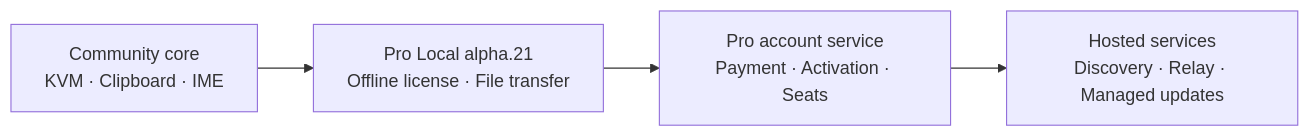
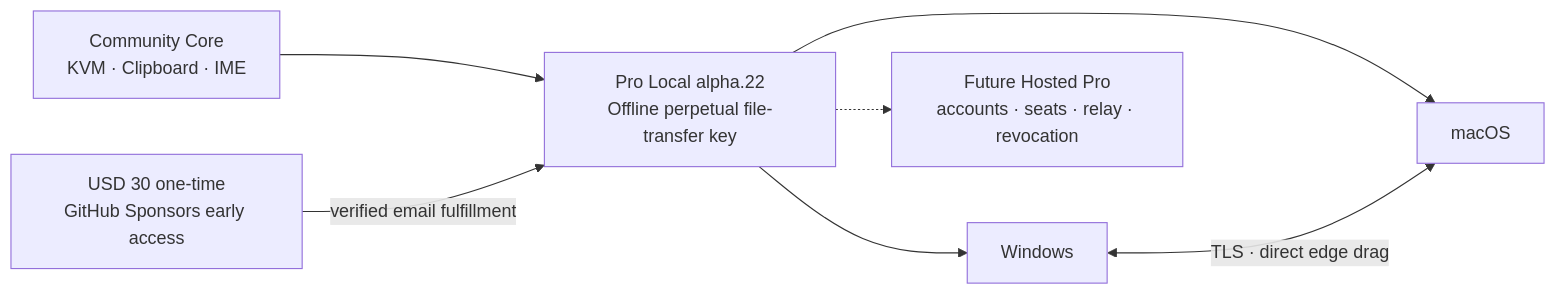
Before and after one commit to Cherry-Company/ieum: the second of 3 diagrams in README.en.md, drawn with Mermaid. The commit also changed other lines of this file and 94 other files, not shown here.

First line of the commit message:
feat: ship cross-platform Pro Local file transfer (#70)

````diff
--- a/README.en.md
+++ b/README.en.md
@@ -453,6 +459,9 @@
 ```mermaid
 flowchart LR
-  A["Community core<br/>KVM · Clipboard · IME"] --> B["Pro Local alpha.21<br/>Offline license · File transfer"]
-  B --> C["Pro account service<br/>Payment · Activation · Seats"]
-  C --> D["Hosted services<br/>Discovery · Relay · Managed updates"]
+  C["Community Core<br/>KVM · Clipboard · IME"] --> L["Pro Local alpha.22<br/>Offline perpetual file-transfer key"]
+  S["USD 30 one-time<br/>GitHub Sponsors early access"] -->|"verified email fulfillment"| L
+  L --> W["Windows"]
+  L --> M["macOS"]
+  W <-->|"TLS · direct edge drag"| M
+  L -.-> H["Future Hosted Pro<br/>accounts · seats · relay · revocation"]
 ```
````
